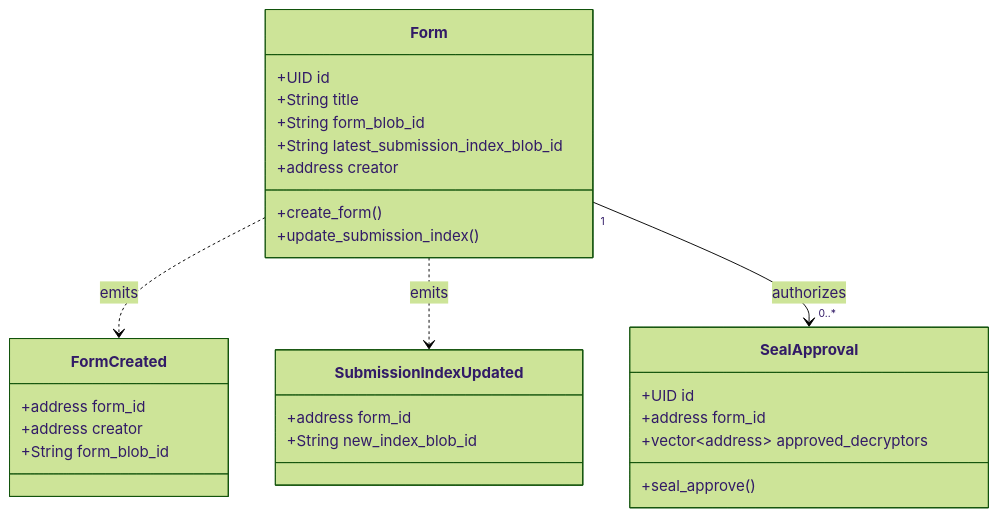
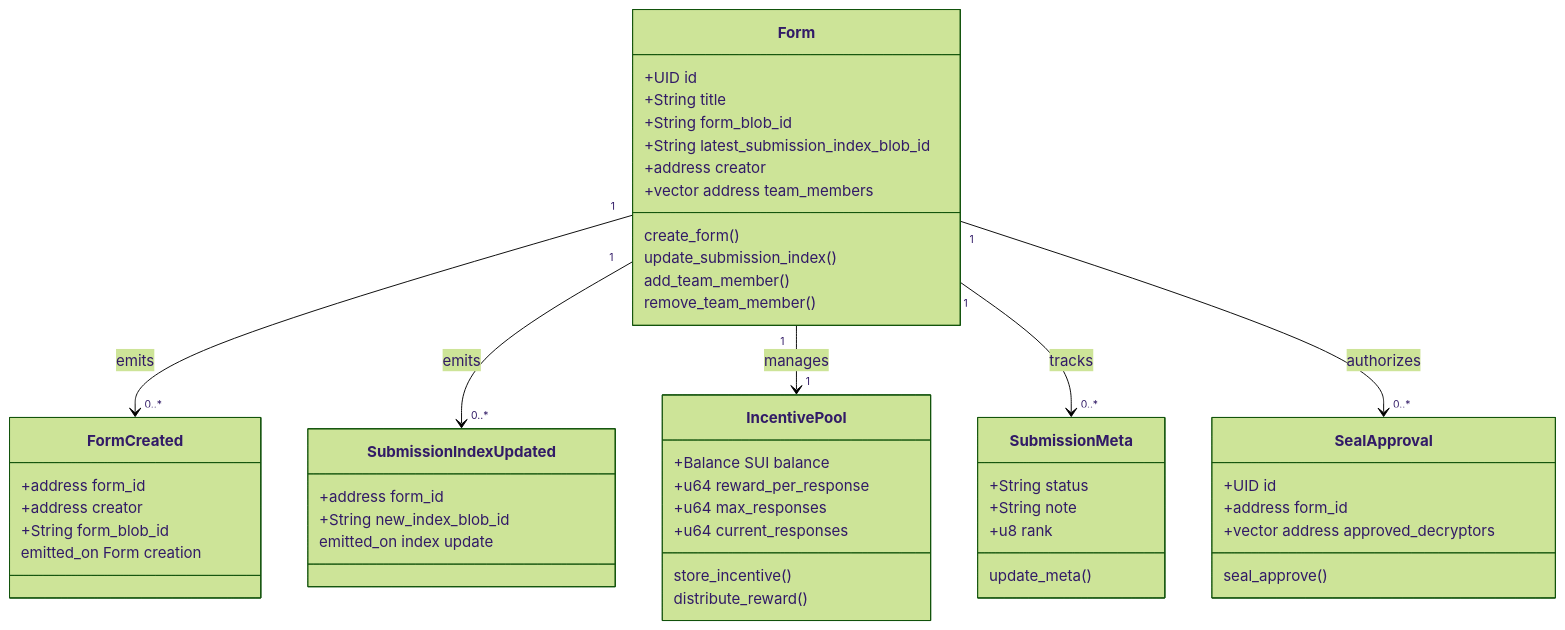
Before and after one commit to pramadanif/walrusform: the fourth of 7 diagrams in README.md, drawn with Mermaid (forest theme). The commit also changed other lines of this file and 1 other file, not shown here.

Commit message:
docs: update documentation diagrams and add new team management functions to smart contract architecture

````diff
--- a/README.md
+++ b/README.md
@@ -234,34 +223,63 @@
 ```mermaid
 classDiagram
     class Form {
         +UID id
         +String title
         +String form_blob_id
         +String latest_submission_index_blob_id
         +address creator
-        +create_form()
-        +update_submission_index()
+        +vector address team_members
+        
+        create_form()
+        update_submission_index()
+        add_team_member()
+        remove_team_member()
     }
 
     class FormCreated {
         +address form_id
         +address creator
         +String form_blob_id
+        
+        emitted_on Form creation
     }
 
     class SubmissionIndexUpdated {
         +address form_id
         +String new_index_blob_id
+        
+        emitted_on index update
+    }
+
+    class IncentivePool {
+        +Balance SUI balance
+        +u64 reward_per_response
+        +u64 max_responses
+        +u64 current_responses
+        
+        store_incentive()
+        distribute_reward()
+    }
+
+    class SubmissionMeta {
+        +String status
+        +String note
+        +u8 rank
+        
+        update_meta()
     }
 
     class SealApproval {
         +UID id
         +address form_id
-        +vector~address~ approved_decryptors
-        +seal_approve()
+        +vector address approved_decryptors
+        
+        seal_approve()
     }
 
-    Form ..> FormCreated : emits
-    Form ..> SubmissionIndexUpdated : emits
+    Form "1" --> "0..*" FormCreated : emits
+    Form "1" --> "0..*" SubmissionIndexUpdated : emits
+    Form "1" --> "1" IncentivePool : manages
+    Form "1" --> "0..*" SubmissionMeta : tracks
     Form "1" --> "0..*" SealApproval : authorizes
 ```
````
